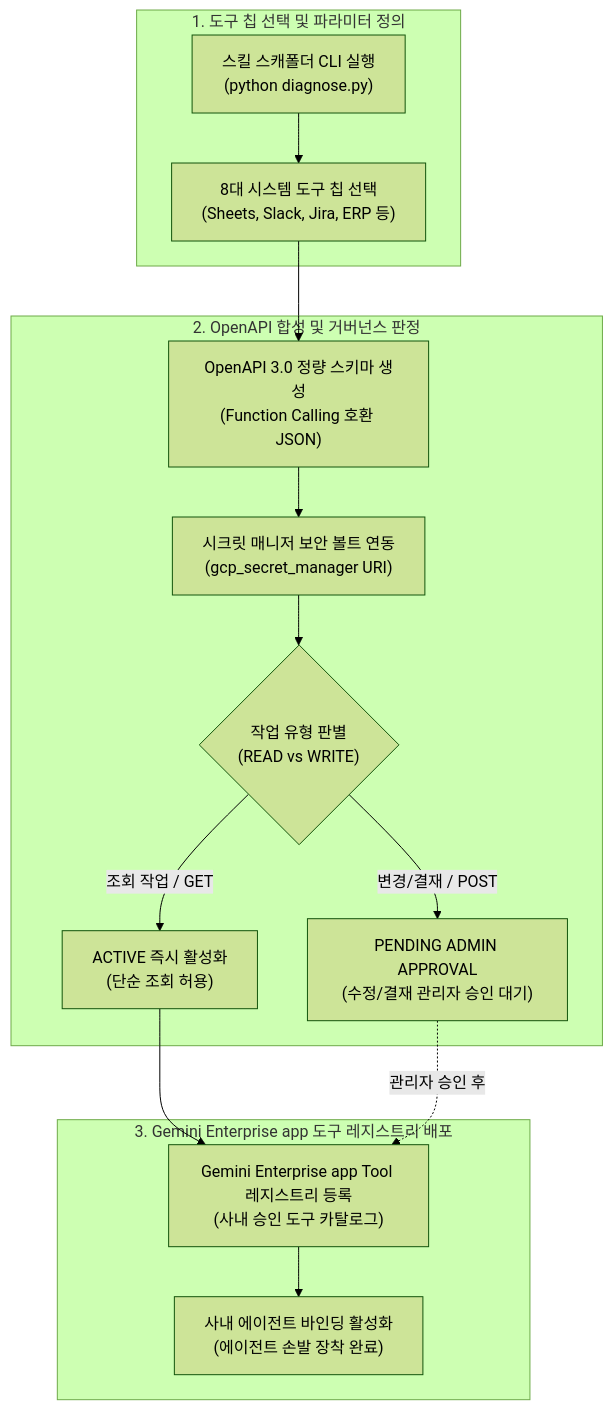
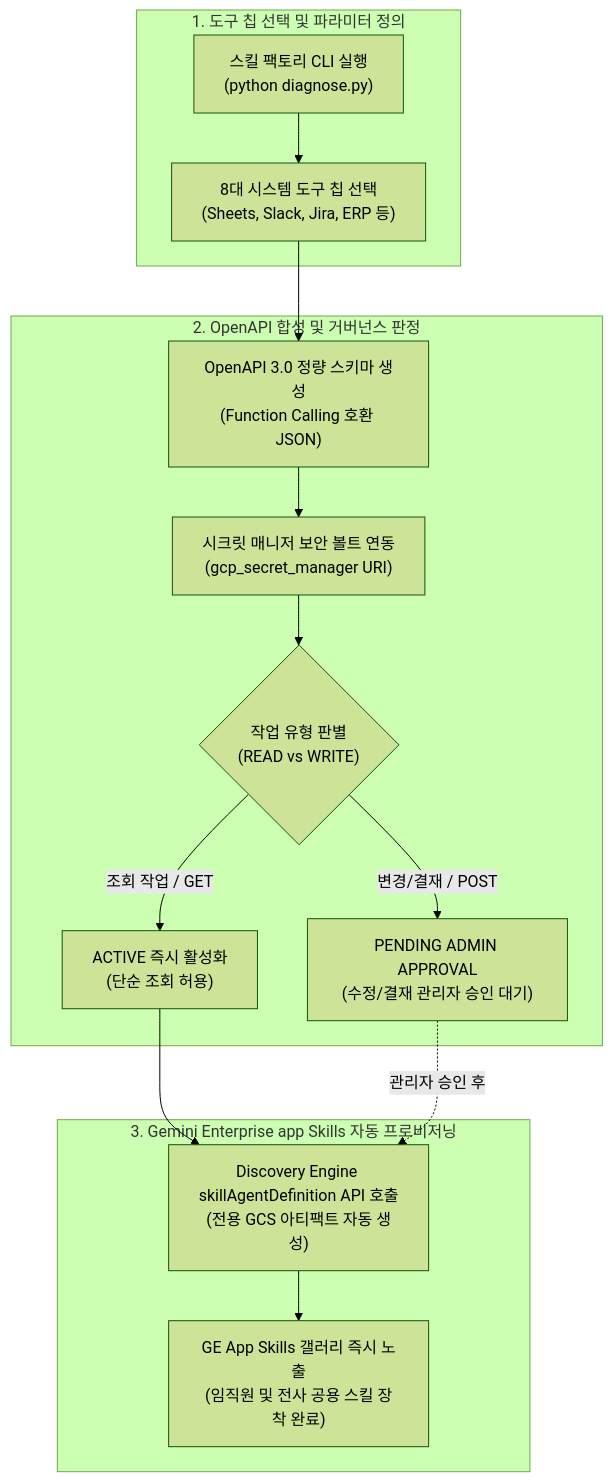
Before and after one commit to jiangjun-forge/google-cloud-0-to-1: the diagram in samples/gemini-enterprise-copilot-skill/README.md, drawn with Mermaid (forest theme). The commit also changed other lines of this file and 5 other files, not shown here.

````diff
--- a/samples/gemini-enterprise-copilot-skill/README.md
+++ b/samples/gemini-enterprise-copilot-skill/README.md
@@ -42,27 +42,27 @@
 ```mermaid
 flowchart TD
     subgraph Selection ["1. 도구 칩 선택 및 파라미터 정의"]
-        S1["스킬 스캐폴더 CLI 실행<br/>(python diagnose.py)"]
+        S1["스킬 팩토리 CLI 실행<br/>(python diagnose.py)"]
         S2["8대 시스템 도구 칩 선택<br/>(Sheets, Slack, Jira, ERP 등)"]
         S1 --> S2
     end
 
     subgraph Governance ["2. OpenAPI 합성 및 거버넌스 판정"]
         G1["OpenAPI 3.0 정량 스키마 생성<br/>(Function Calling 호환 JSON)"]
         G2["시크릿 매니저 보안 볼트 연동<br/>(gcp_secret_manager URI)"]
         G3{"작업 유형 판별<br/>(READ vs WRITE)"}
         G4["ACTIVE 즉시 활성화<br/>(단순 조회 허용)"]
         G5["PENDING ADMIN APPROVAL<br/>(수정/결재 관리자 승인 대기)"]
         S2 --> G1 --> G2 --> G3
         G3 -->|조회 작업 / GET| G4
         G3 -->|변경/결재 / POST| G5
     end
 
-    subgraph Registry ["3. Gemini Enterprise app 도구 레지스트리 배포"]
-        R1["Gemini Enterprise app Tool 레지스트리 등록<br/>(사내 승인 도구 카탈로그)"]
-        R2["사내 에이전트 바인딩 활성화<br/>(에이전트 손발 장착 완료)"]
+    subgraph Registry ["3. Gemini Enterprise app Skills 자동 프로비저닝"]
+        R1["Discovery Engine skillAgentDefinition API 호출<br/>(전용 GCS 아티팩트 자동 생성)"]
+        R2["GE App Skills 갤러리 즉시 노출<br/>(임직원 및 전사 공용 스킬 장착 완료)"]
         G4 --> R1
         G5 -.->|관리자 승인 후| R1
         R1 --> R2
     end
 ```
````
